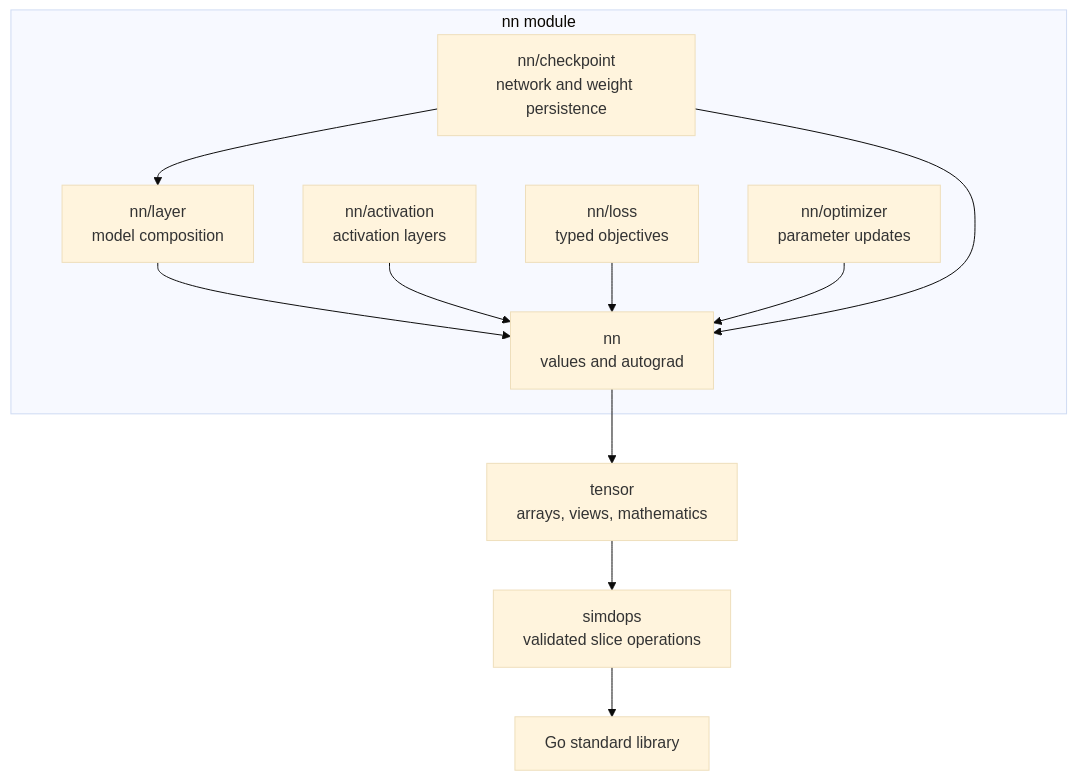
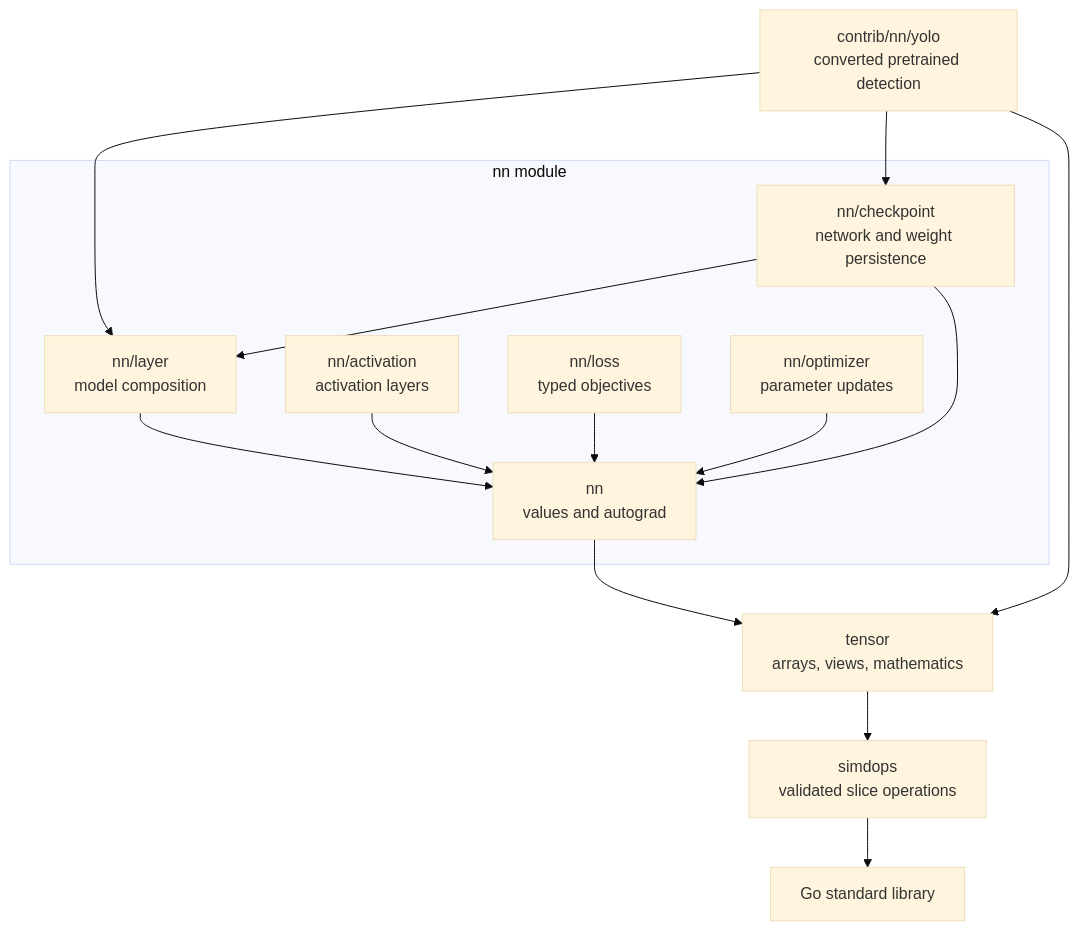
Before and after one commit to bpradana/goml: the first of 3 diagrams in docs/architecture.md, drawn with Mermaid (base theme). The commit also changed other lines of this file and 8 other files, not shown here.

````diff
--- a/docs/architecture.md
+++ b/docs/architecture.md
@@ -11,14 +12,17 @@
 ```mermaid
 flowchart TD
     subgraph Neural["nn module"]
         Layer["nn/layer<br/>model composition"] --> Core["nn<br/>values and autograd"]
         Activation["nn/activation<br/>activation layers"] --> Core
         Loss["nn/loss<br/>typed objectives"] --> Core
         Optimizer["nn/optimizer<br/>parameter updates"] --> Core
         Checkpoint["nn/checkpoint<br/>network and weight persistence"] --> Layer
         Checkpoint --> Core
     end
+    YOLO["contrib/nn/yolo<br/>converted pretrained detection"] --> Layer
+    YOLO --> Checkpoint
+    YOLO --> Tensor
     Core --> Tensor["tensor<br/>arrays, views, mathematics"]
     Tensor --> SIMD["simdops<br/>validated slice operations"]
     SIMD --> Std["Go standard library"]
 ```
````
